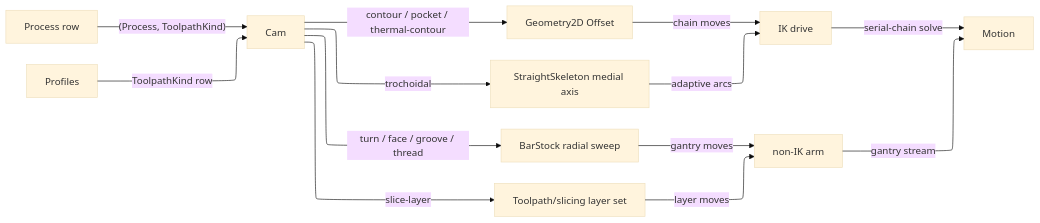
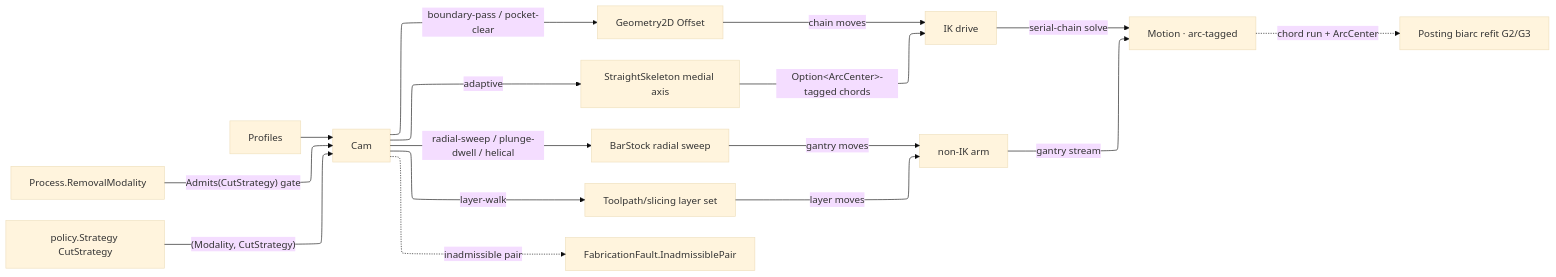
The diagram in libs/csharp/Rasm.Fabrication/.planning/Toolpath/motion.md (bsamiee/Rasm), drawn with Mermaid before and after one commit. The commit also changed other lines of this file and 80 other files, not shown here.

First line of the commit message:
Realize libs/csharp set-2 (Geometry/Fabrication/Materials/Bim) + capability-extension for rebuild-*

````diff
--- a/libs/csharp/Rasm.Fabrication/.planning/Toolpath/motion.md
+++ b/libs/csharp/Rasm.Fabrication/.planning/Toolpath/motion.md
@@ -157,20 +147,23 @@
 ```mermaid
 ---
 config:
   layout: elk
   theme: base
 ---
 flowchart LR
-    Process["Process row"] -->|"(Process, ToolpathKind)"| Cam["Cam"]
-    Profiles["Profiles"] -->|ToolpathKind row| Cam
-    Cam -->|contour / pocket / thermal-contour| Offset["Geometry2D Offset"]
-    Cam -->|trochoidal| Skeleton["StraightSkeleton medial axis"]
-    Cam -->|turn / face / groove / thread| Radial["BarStock radial sweep"]
-    Cam -->|slice-layer| Slice["Toolpath/slicing layer set"]
-    Offset -->|chain moves| Drive["IK drive"]
-    Skeleton -->|adaptive arcs| Drive
+    Process["Process.RemovalModality"] -->|"Admits(CutStrategy) gate"| Cam["Cam"]
+    Policy["policy.Strategy CutStrategy"] -->|"(Modality, CutStrategy)"| Cam
+    Profiles["Profiles"] --> Cam
+    Cam -->|boundary-pass / pocket-clear| Offset["Geometry2D Offset"]
+    Cam -->|adaptive| Skeleton["StraightSkeleton medial axis"]
+    Cam -->|radial-sweep / plunge-dwell / helical| Radial["BarStock radial sweep"]
+    Cam -->|layer-walk| Slice["Toolpath/slicing layer set"]
+    Cam -.->|inadmissible pair| Fault["FabricationFault.InadmissiblePair"]
+    Skeleton -->|Option&lt;ArcCenter&gt;-tagged chords| Drive["IK drive"]
+    Offset -->|chain moves| Drive
     Radial -->|gantry moves| Direct["non-IK arm"]
     Slice -->|layer moves| Direct
-    Drive -->|serial-chain solve| Motion["Motion"]
+    Drive -->|serial-chain solve| Motion["Motion · arc-tagged"]
     Direct -->|gantry stream| Motion
+    Motion -.->|chord run + ArcCenter| Biarc["Posting biarc refit G2/G3"]
 ```
````
